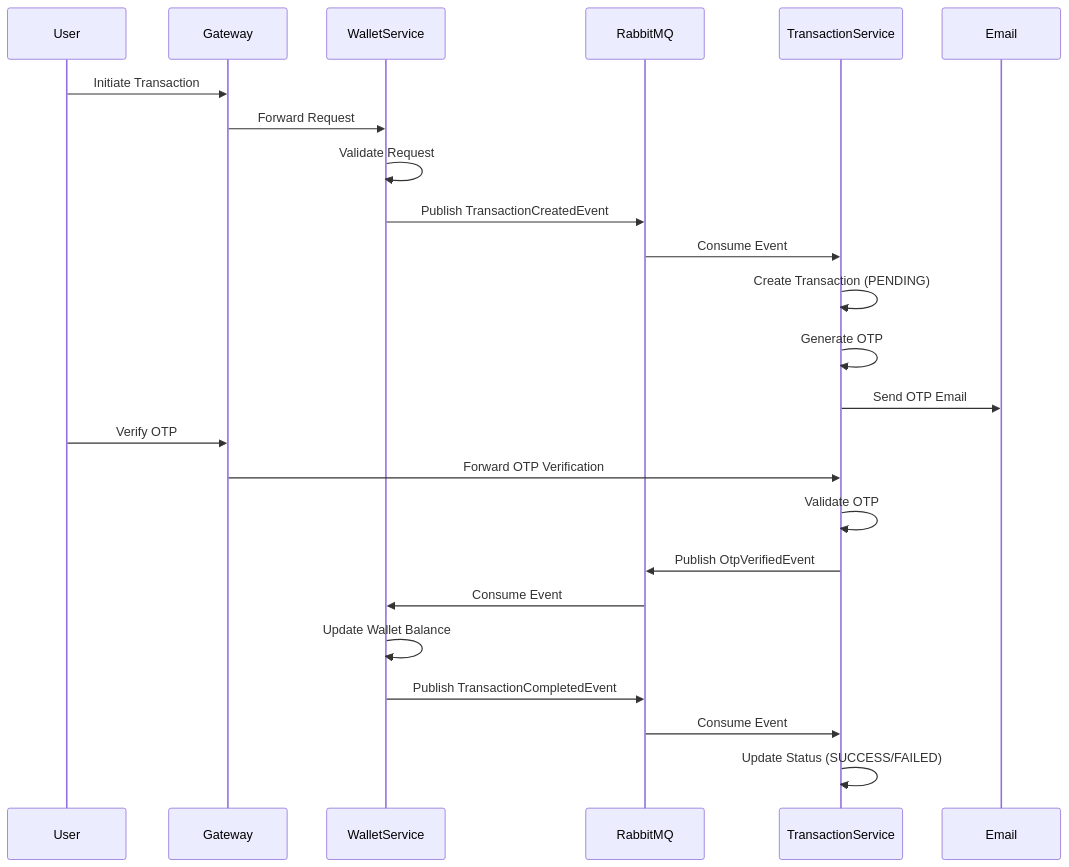
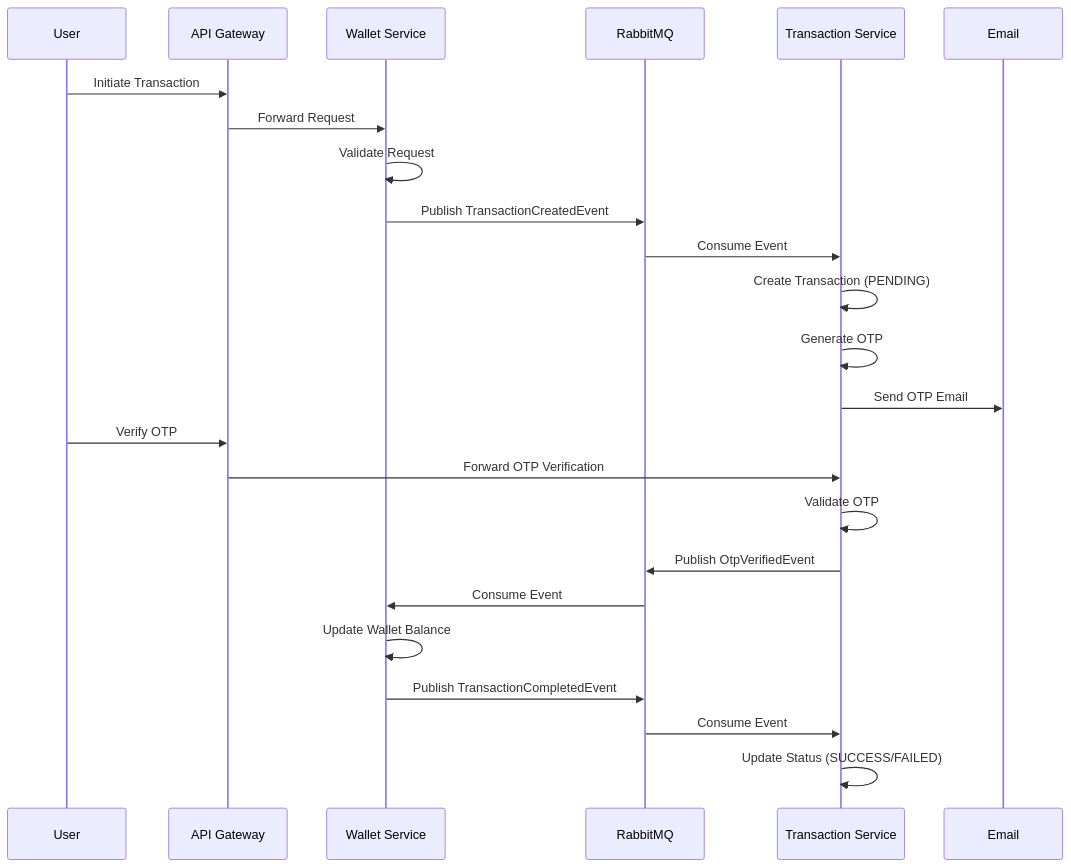
One commit to fab-in/E-Wallet- changed the diagram in README.md. Above: the diagram before and after it, drawn with Mermaid. The commit also changed other lines of this file, not shown here.

First line of the commit message:
Enhance transaction workflow documentation

````diff
--- a/README.md
+++ b/README.md
@@ -394,27 +397,27 @@
 ```mermaid
 sequenceDiagram
     participant User
-    participant Gateway
-    participant WalletService
+    participant Gateway as API Gateway
+    participant WalletService as Wallet Service
     participant RabbitMQ
-    participant TransactionService
+    participant TransactionService as Transaction Service
     participant Email
 
     User->>Gateway: Initiate Transaction
     Gateway->>WalletService: Forward Request
     WalletService->>WalletService: Validate Request
     WalletService->>RabbitMQ: Publish TransactionCreatedEvent
     RabbitMQ->>TransactionService: Consume Event
     TransactionService->>TransactionService: Create Transaction (PENDING)
     TransactionService->>TransactionService: Generate OTP
     TransactionService->>Email: Send OTP Email
     User->>Gateway: Verify OTP
     Gateway->>TransactionService: Forward OTP Verification
     TransactionService->>TransactionService: Validate OTP
     TransactionService->>RabbitMQ: Publish OtpVerifiedEvent
     RabbitMQ->>WalletService: Consume Event
     WalletService->>WalletService: Update Wallet Balance
     WalletService->>RabbitMQ: Publish TransactionCompletedEvent
     RabbitMQ->>TransactionService: Consume Event
     TransactionService->>TransactionService: Update Status (SUCCESS/FAILED)
 ```
````
